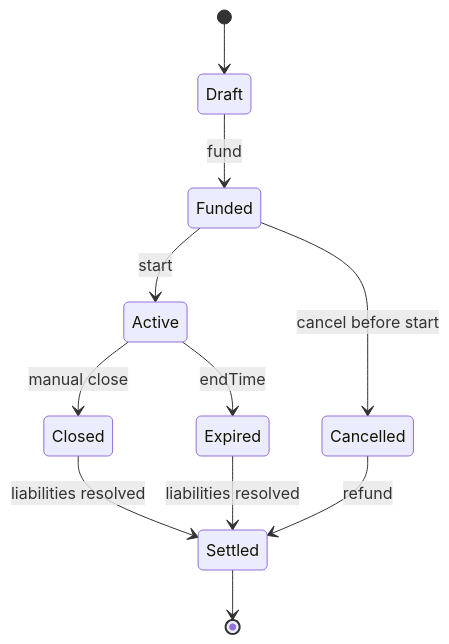
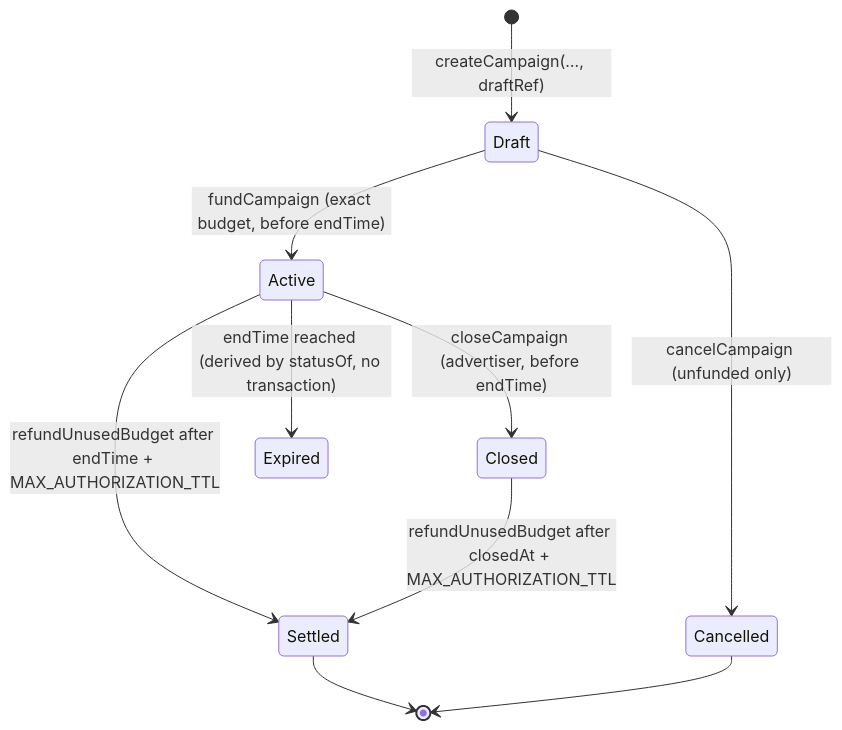
One commit to ChiJiun/verified-human-attention-market changed the second of 2 diagrams in docs/architecture/MVP_ARCHITECTURE.md. Above: the diagram before and after it, drawn with Mermaid. The commit also changed other lines of this file and 16 other files, not shown here.

First line of the commit message:
docs: reconcile architecture, specs, requirements, threat model and test plan with the code

````diff
--- a/docs/architecture/MVP_ARCHITECTURE.md
+++ b/docs/architecture/MVP_ARCHITECTURE.md
@@ -131,13 +122,12 @@
 ```mermaid
 stateDiagram-v2
-    [*] --> Draft
-    Draft --> Funded: fund
-    Funded --> Active: start
-    Active --> Closed: manual close
-    Active --> Expired: endTime
-    Funded --> Cancelled: cancel before start
-    Closed --> Settled: liabilities resolved
-    Expired --> Settled: liabilities resolved
-    Cancelled --> Settled: refund
+    [*] --> Draft: createCampaign(…, draftRef)
+    Draft --> Active: fundCampaign (exact budget, before endTime)
+    Draft --> Cancelled: cancelCampaign (unfunded only)
+    Active --> Closed: closeCampaign (advertiser, before endTime)
+    Active --> Expired: endTime reached (derived by statusOf, no transaction)
+    Active --> Settled: refundUnusedBudget after endTime + MAX_AUTHORIZATION_TTL
+    Closed --> Settled: refundUnusedBudget after closedAt + MAX_AUTHORIZATION_TTL
     Settled --> [*]
+    Cancelled --> [*]
 ```
````
